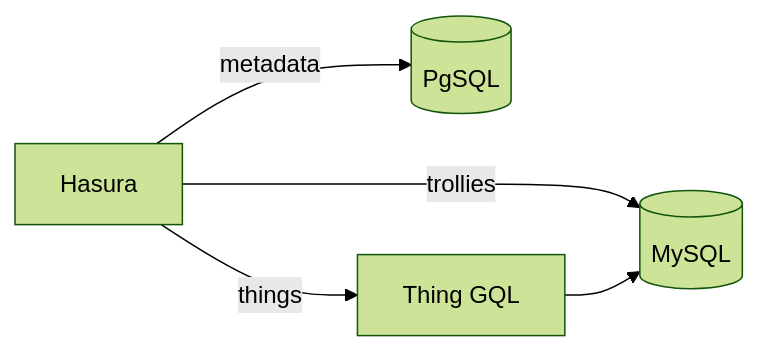
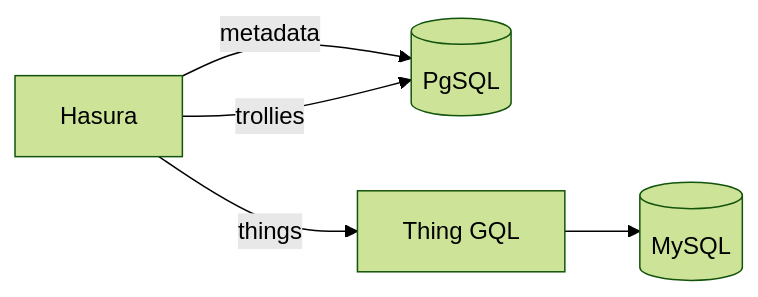
One commit to toshim45/ts-demo-gqlgen changed the diagram in README.md. Above: the diagram before and after it, drawn with Mermaid (forest theme).

Commit message:
fix trollies db should be postgres

````diff
--- a/README.md
+++ b/README.md
@@ -5,12 +5,12 @@
 ```mermaid
 flowchart LR
     dbhasura[(PgSQL)]
     dbdata[(MySQL)]
     gqlhasura[Hasura]
     gqlthing[Thing GQL]
 
     gqlhasura --> |metadata| dbhasura
-    gqlhasura --> |trollies| dbdata
+    gqlhasura --> |trollies| dbhasura
     gqlhasura --> |things| gqlthing
     gqlthing --> dbdata
 ```
````
